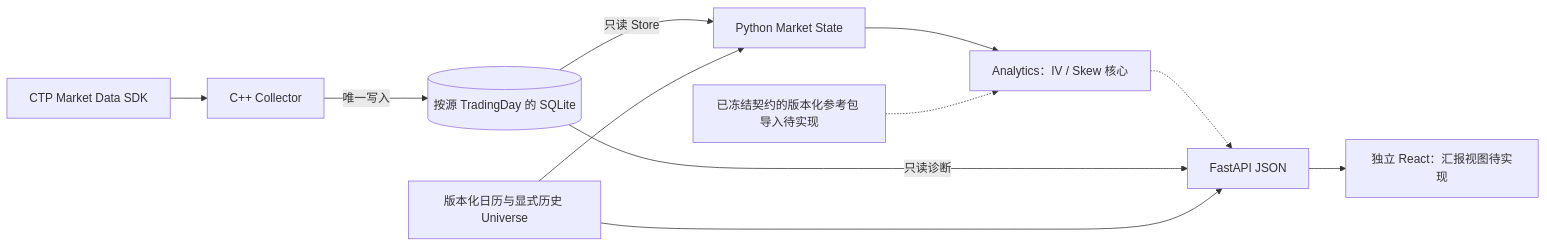
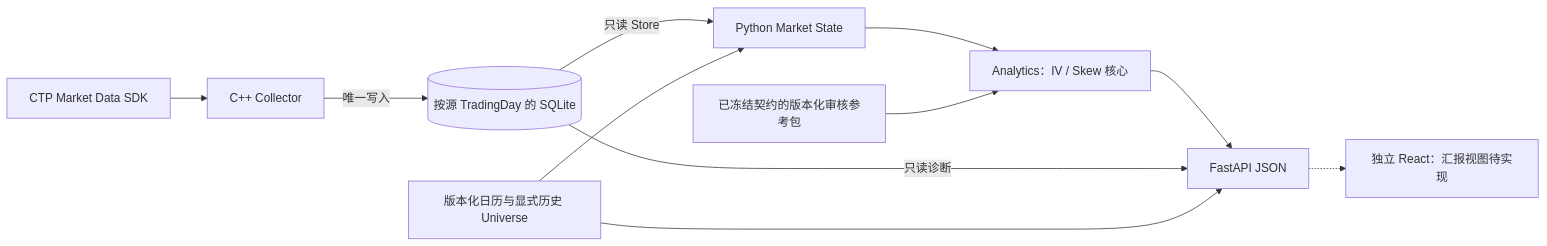
One commit to ougachakaaa/derivatives_monitor changed the diagram in docs/architecture.md. Above: the diagram before and after it, drawn with Mermaid. The commit also changed other lines of this file and 19 other files, not shown here.

````diff
--- a/docs/architecture.md
+++ b/docs/architecture.md
@@ -5,13 +5,13 @@
 ```mermaid
 flowchart LR
     CTP[CTP Market Data SDK] --> C[C++ Collector]
     C -->|唯一写入| RAW[(按源 TradingDay 的 SQLite)]
     RAW -->|只读 Store| MS[Python Market State]
     CAL[版本化日历与显式历史 Universe] --> MS
     MS --> A[Analytics：IV / Skew 核心]
-    REF[已冻结契约的版本化参考包 导入待实现] -.-> A
-    A -.-> API[FastAPI JSON]
+    REF[已冻结契约的版本化审核参考包] --> A
+    A --> API[FastAPI JSON]
     RAW -->|只读诊断| API
     CAL --> API
-    API --> UI[独立 React：汇报视图待实现]
+    API -.-> UI[独立 React：汇报视图待实现]
 ```
````
